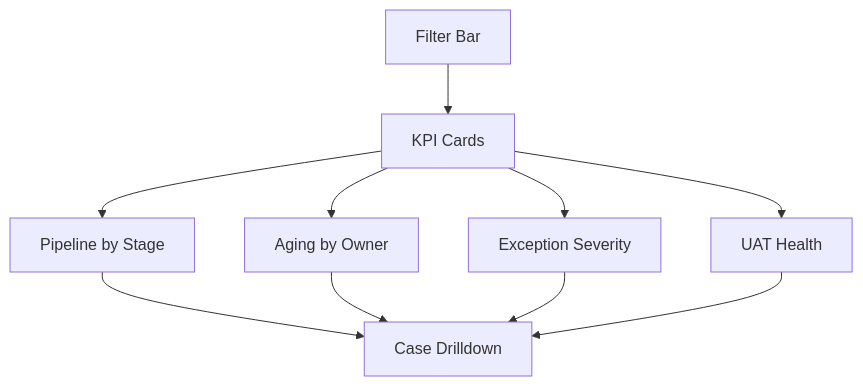
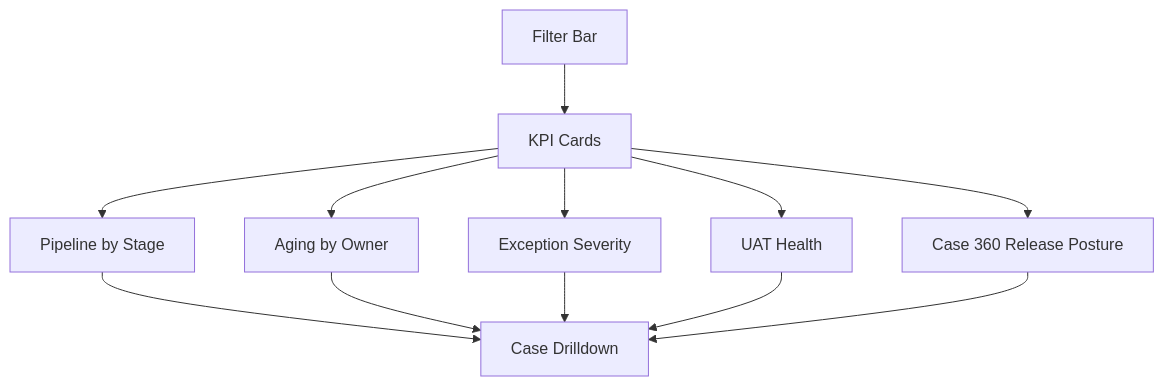
The diagram in docs/10-dashboard-mockup.md (Xiang13-gif/business-credit-system-enhancement-case-study), drawn with Mermaid before and after one commit. The commit also changed other lines of this file and 18 other files, not shown here.

````diff
--- a/docs/10-dashboard-mockup.md
+++ b/docs/10-dashboard-mockup.md
@@ -63,12 +64,14 @@
 ```mermaid
 flowchart TD
     A[Filter Bar] --> B[KPI Cards]
     B --> C[Pipeline by Stage]
     B --> D[Aging by Owner]
     B --> E[Exception Severity]
     B --> G[UAT Health]
+    B --> H[Case 360 Release Posture]
     C --> F[Case Drilldown]
     D --> F
     E --> F
     G --> F
+    H --> F
 ```
````
